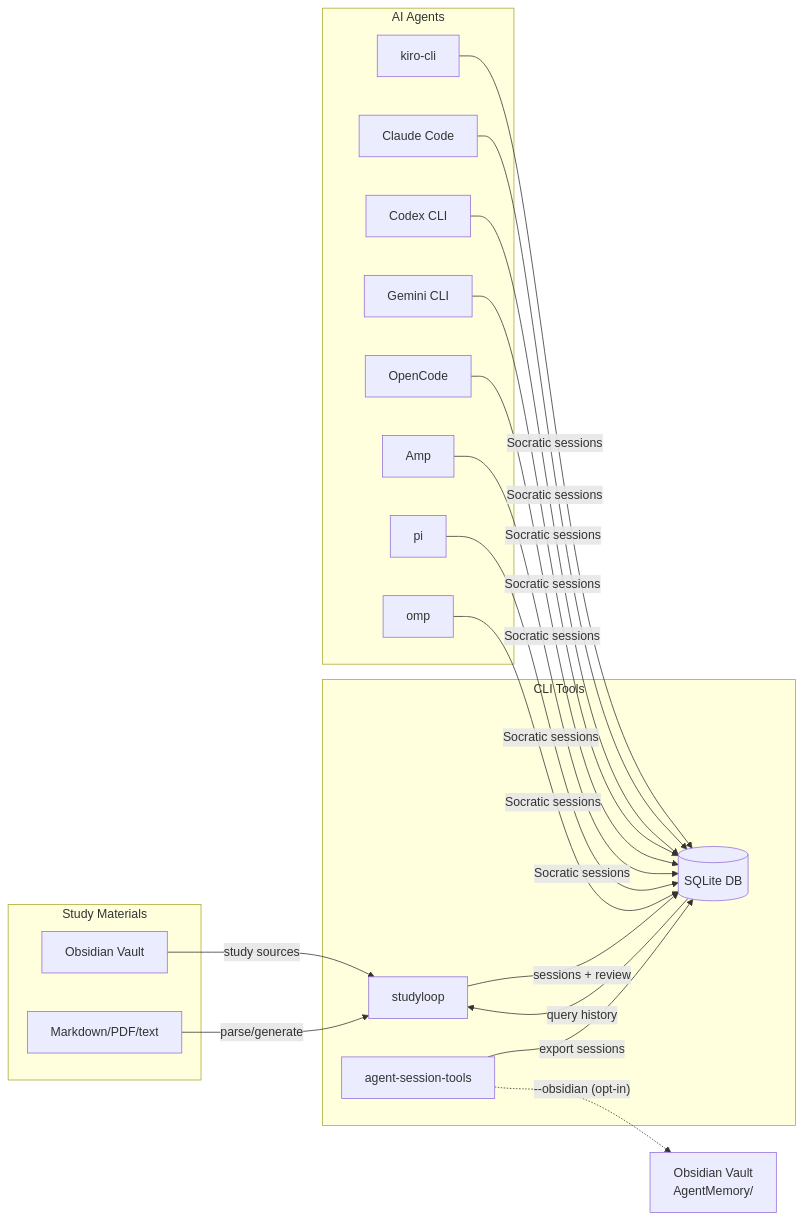
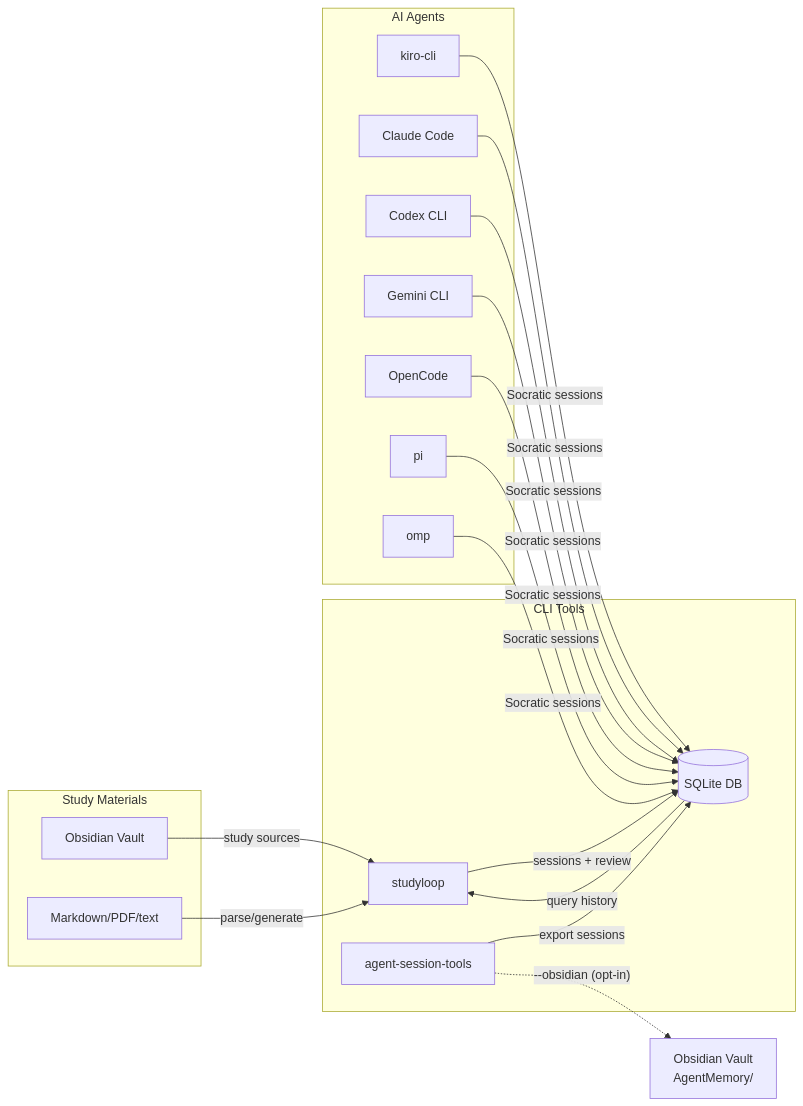
One commit to NetDevAutomate/StudyLoop changed the diagram in docs/index.md. Above: the diagram before and after it, drawn with Mermaid.

Commit message:
docs: remove Amp from the supported agent diagram
No Amp support exists anywhere in agents/. The README's Agent Support
table is the source of truth and does not list it.

````diff
--- a/docs/index.md
+++ b/docs/index.md
@@ -40,41 +40,39 @@
 ```mermaid
 graph LR
     subgraph "Study Materials"
         OB[Obsidian Vault]
         SRC[Markdown/PDF/text]
     end
 
     subgraph "CLI Tools"
         SC[studyloop]
         AST[agent-session-tools]
         DB[(SQLite DB)]
     end
 
     subgraph "AI Agents"
         KA[kiro-cli]
         CA[Claude Code]
         CX[Codex CLI]
         GA[Gemini CLI]
         OA[OpenCode]
-        AA[Amp]
         PI[pi]
         OMP[omp]
     end
 
     OBV["Obsidian Vault<br/>AgentMemory/"]
 
     OB -->|study sources| SC
     SRC -->|parse/generate| SC
     SC -->|sessions + review| DB
     AST -->|export sessions| DB
     AST -.->|"--obsidian (opt-in)"| OBV
     DB -->|query history| SC
     KA -->|Socratic sessions| DB
     CA -->|Socratic sessions| DB
     CX -->|Socratic sessions| DB
     GA -->|Socratic sessions| DB
     OA -->|Socratic sessions| DB
-    AA -->|Socratic sessions| DB
     PI -->|Socratic sessions| DB
     OMP -->|Socratic sessions| DB
 ```
````
